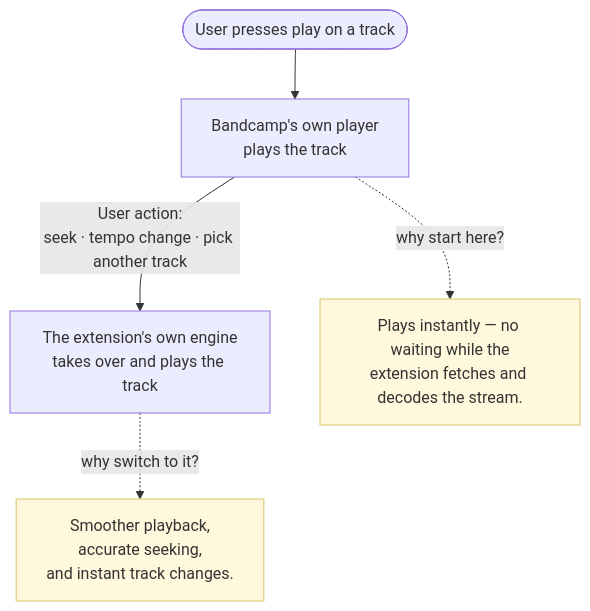
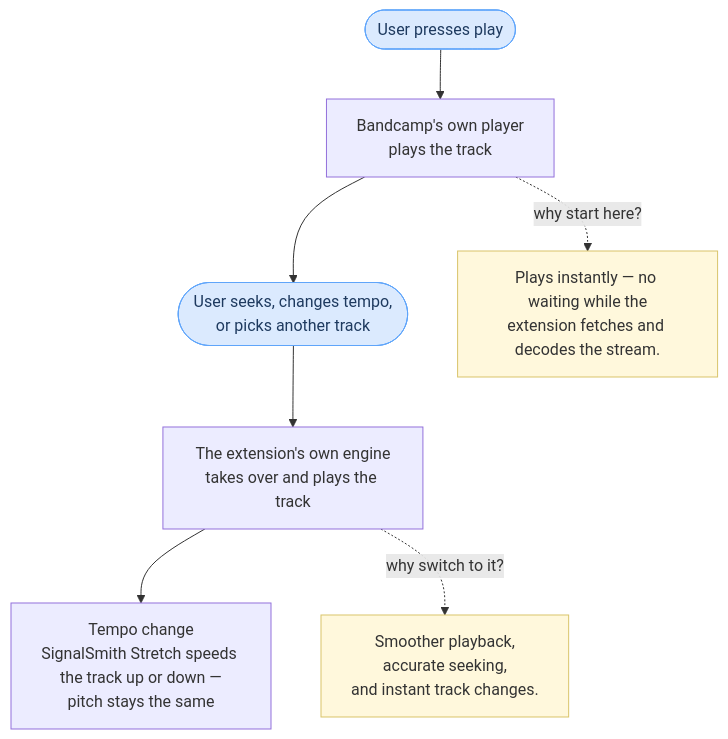
Before and after one commit to tobias-d/bandcamp-player-extension: the first of 2 diagrams in README.md, drawn with Mermaid. The commit also changed other lines of this file, not shown here.

Commit message:
README: refine playback diagram (action styling + SignalSmith box)
- Style every user action identically (stadium node + shared style)
  across both diagrams.
- Promote the seek/tempo/pick trigger to a first-class action node.
- Give tempo change + SignalSmith Stretch its own box.

Docs-only; no build needed.

````diff
--- a/README.md
+++ b/README.md
@@ -56,11 +56,15 @@
 ```mermaid
 flowchart TD
-    Play([User presses play on a track]) --> Origin[Bandcamp's own player<br/>plays the track]
-    Origin -->|"User action:<br/>seek · tempo change · pick another track"| Runtime[The extension's own engine<br/>takes over and plays the track]
+    Play([User presses play]) --> Origin[Bandcamp's own player<br/>plays the track]
+    Origin --> Action([User seeks, changes tempo,<br/>or picks another track])
+    Action --> Runtime[The extension's own engine<br/>takes over and plays the track]
+    Runtime --> Tempo["Tempo change<br/>SignalSmith Stretch speeds the track up or down —<br/>pitch stays the same"]
 
     Origin -.->|why start here?| WhyOrigin["Plays instantly — no waiting while the<br/>extension fetches and decodes the stream."]
     Runtime -.->|why switch to it?| WhyRuntime["Smoother playback,<br/>accurate seeking,<br/>and instant track changes."]
 
+    classDef action fill:#dbeafe,stroke:#60a5fa,color:#1e3a5f;
     classDef note fill:#fff8dc,stroke:#d9c46a,color:#333;
+    class Play,Action action;
     class WhyOrigin,WhyRuntime note;
 ```
````
